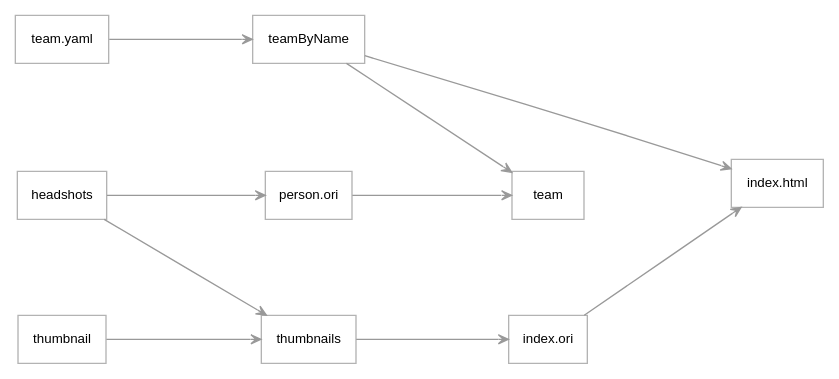
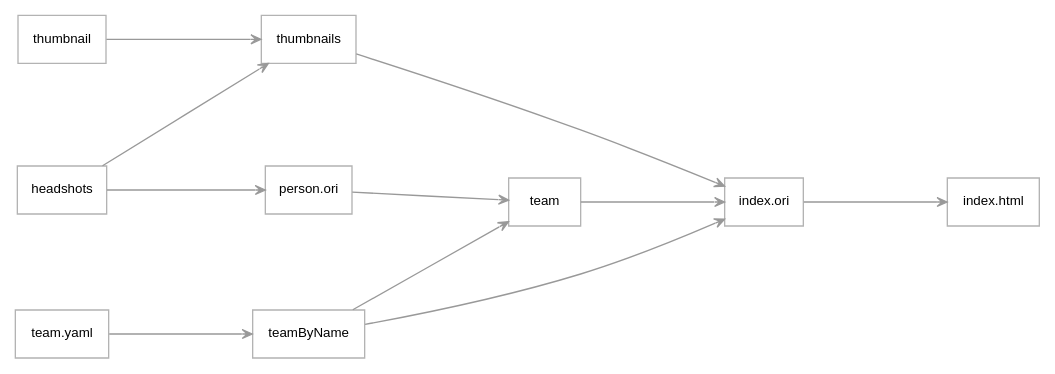
Before and after one commit to ExplorableGraph/egret-discovery: the diagram in exampleProgram/flow/flow.dot, drawn with Graphviz. The commit also changed 2 other files, not shown here.

```diff
--- a/exampleProgram/flow/flow.dot
+++ b/exampleProgram/flow/flow.dot
@@ -1,27 +1,28 @@
 digraph g {
   nodesep=1;
   rankdir=LR;
   ranksep=1.5;
   node [color=gray70; fillcolor="white"; fontname="Helvetica"; fontsize="10"; nojustify=true; style="filled"; shape=box];
   edge [arrowhead=vee; arrowsize=0.75; color=gray60; fontname="Helvetica"; fontsize="10"; labeldistance=5];
 
   "headshots" [URL="../headshots"];
   "index.html" [URL="../index.html"];
   "index.ori" [URL="../index.ori"];
   "person.ori" [URL="../person.ori"];
   "team" [URL="../team"];
   "team.yaml" [URL="../team.yaml"];
   "teamByName" [URL="../teamByName"];
   "thumbnail" [URL="../thumbnail"];
   "thumbnails" [URL="../thumbnails"];
   
   "headshots" -> "person.ori";
   "headshots" -> "thumbnails";
   "index.ori" -> "index.html";
   "person.ori" -> "team";
+  "team" -> "index.ori";
   "team.yaml" -> "teamByName";
-  "teamByName" -> "index.html";
+  "teamByName" -> "index.ori";
   "teamByName" -> "team";
   "thumbnail" -> "thumbnails";
   "thumbnails" -> "index.ori"; 
 }
```
